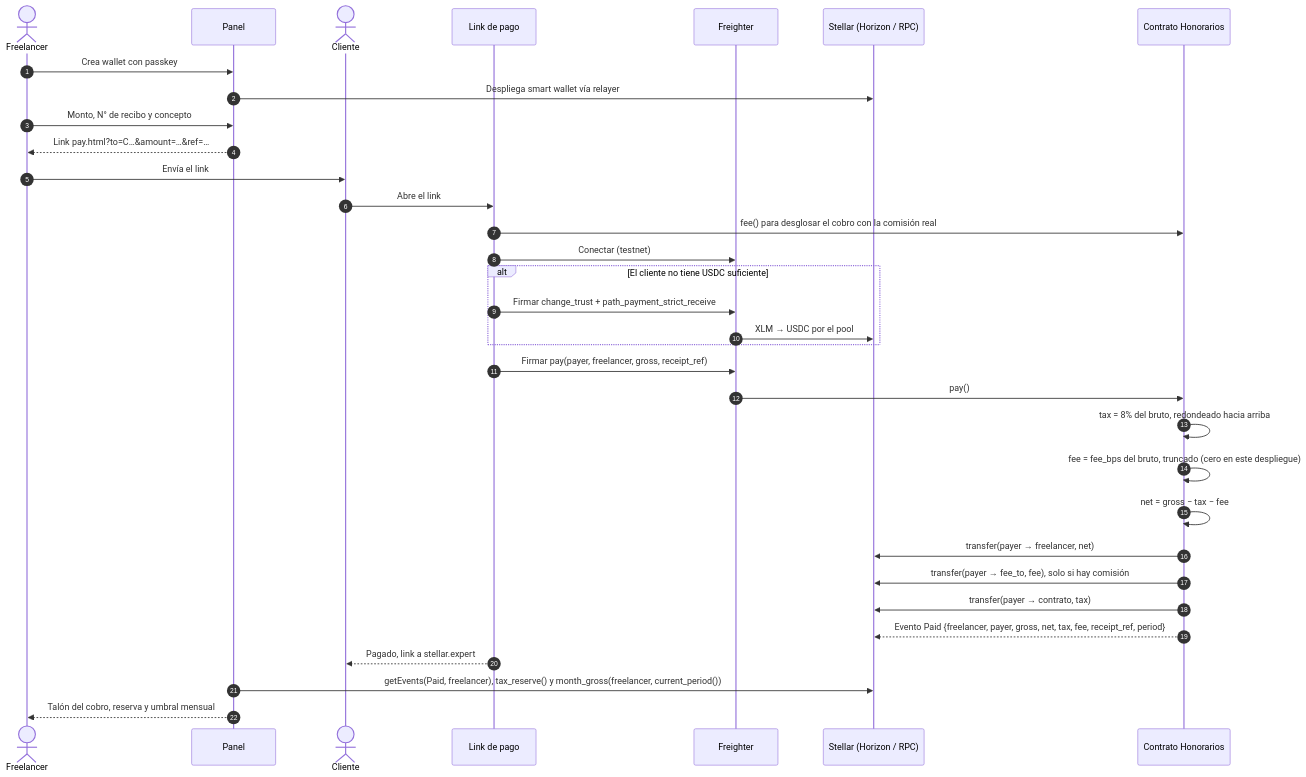
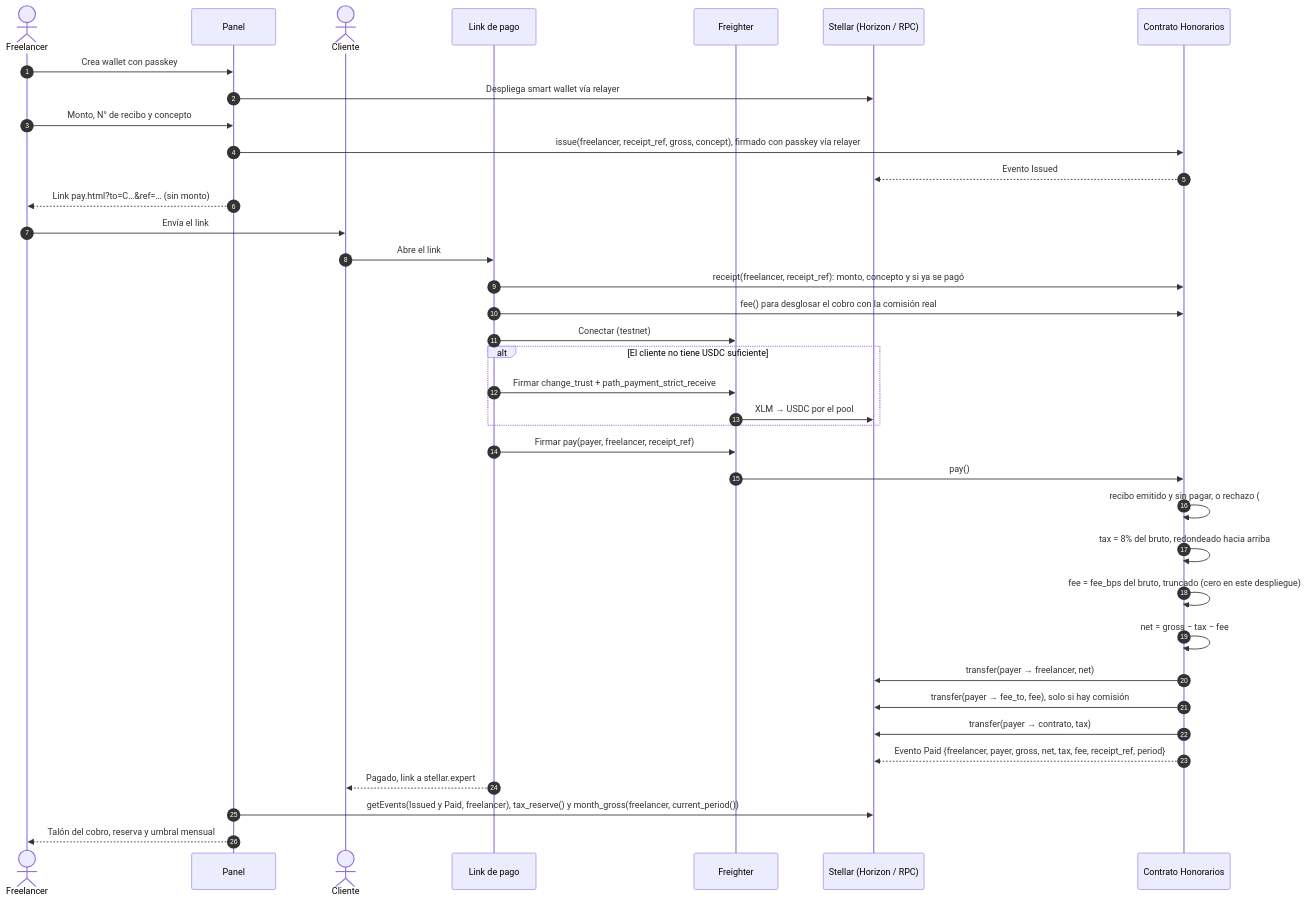
The second of 3 diagrams in docs/arquitectura.md (kasbsquall/honorarios), drawn with Mermaid before and after one commit. The commit also changed other lines of this file and 1 other file, not shown here.

Commit message:
docs: README abre con la reserva, ataques rechazados y contrato v3

````diff
--- a/docs/arquitectura.md
+++ b/docs/arquitectura.md
@@ -32,36 +33,40 @@
 ```mermaid
 sequenceDiagram
   autonumber
   actor FL as Freelancer
   participant D as Panel
   actor CL as Cliente
   participant PG as Link de pago
   participant W as Freighter
   participant N as Stellar (Horizon / RPC)
   participant H as Contrato Honorarios
 
   FL->>D: Crea wallet con passkey
   D->>N: Despliega smart wallet vía relayer
   FL->>D: Monto, N° de recibo y concepto
-  D-->>FL: Link pay.html?to=C…&amount=…&ref=…
+  D->>H: issue(freelancer, receipt_ref, gross, concept), firmado con passkey vía relayer
+  H-->>N: Evento Issued
+  D-->>FL: Link pay.html?to=C…&ref=… (sin monto)
   FL->>CL: Envía el link
   CL->>PG: Abre el link
+  PG->>H: receipt(freelancer, receipt_ref): monto, concepto y si ya se pagó
   PG->>H: fee() para desglosar el cobro con la comisión real
   PG->>W: Conectar (testnet)
   alt El cliente no tiene USDC suficiente
     PG->>W: Firmar change_trust + path_payment_strict_receive
     W->>N: XLM → USDC por el pool
   end
-  PG->>W: Firmar pay(payer, freelancer, gross, receipt_ref)
+  PG->>W: Firmar pay(payer, freelancer, receipt_ref)
   W->>H: pay()
+  H->>H: recibo emitido y sin pagar, o rechazo (#7, #8); lo marca pagado
   H->>H: tax = 8% del bruto, redondeado hacia arriba
   H->>H: fee = fee_bps del bruto, truncado (cero en este despliegue)
   H->>H: net = gross − tax − fee
   H->>N: transfer(payer → freelancer, net)
   H->>N: transfer(payer → fee_to, fee), solo si hay comisión
   H->>N: transfer(payer → contrato, tax)
   H-->>N: Evento Paid {freelancer, payer, gross, net, tax, fee, receipt_ref, period}
   PG-->>CL: Pagado, link a stellar.expert
-  D->>N: getEvents(Paid, freelancer), tax_reserve() y month_gross(freelancer, current_period())
+  D->>N: getEvents(Issued y Paid, freelancer), tax_reserve() y month_gross(freelancer, current_period())
   D-->>FL: Talón del cobro, reserva y umbral mensual
 ```
````
